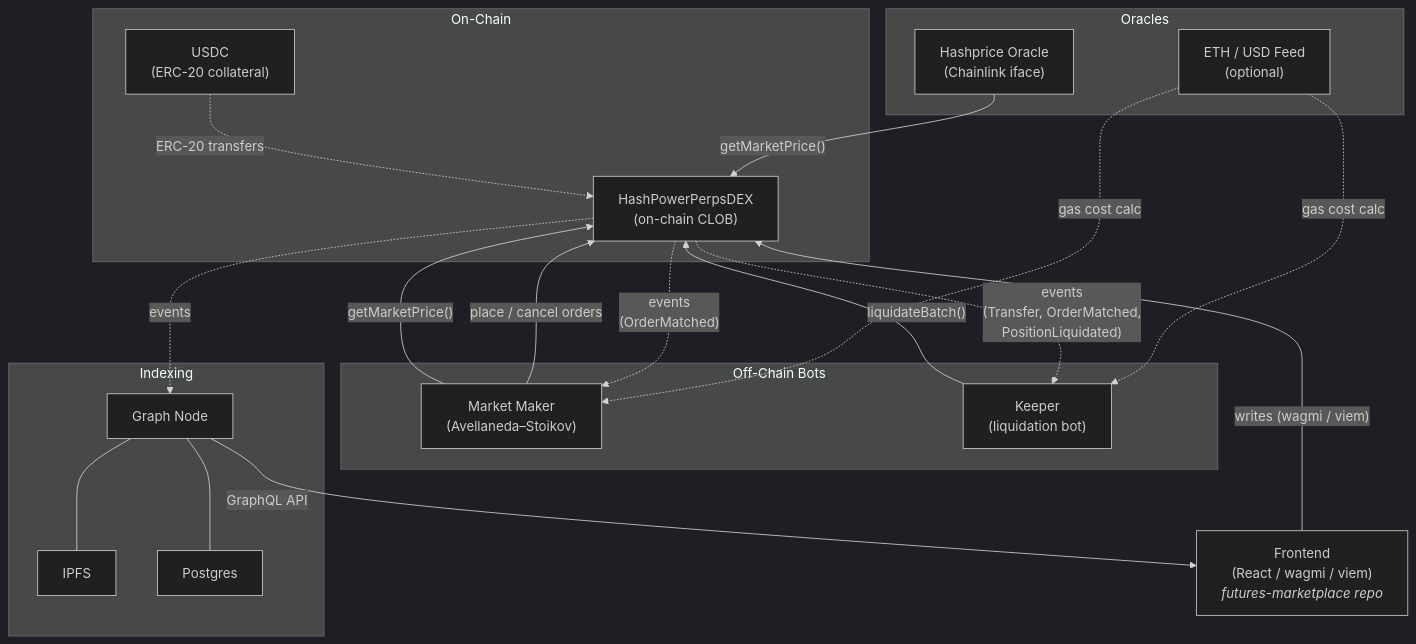
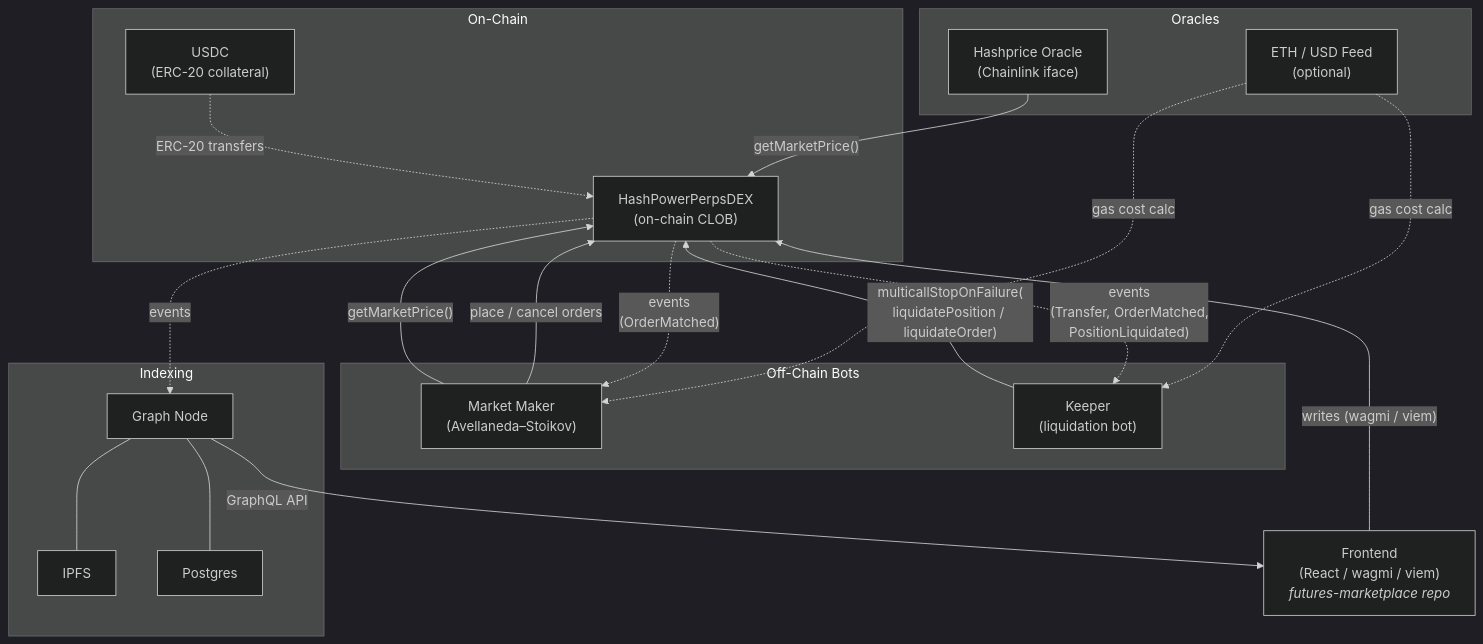
Before and after one commit to Lumerin-protocol/derivatives-marketplace: the diagram in README.md, drawn with Mermaid (dark theme). The commit also changed 11 other files, not shown here.

First line of the commit message:
refactor: replace liquidateBatch with multicallStopOnFailure for position liquidation

````diff
--- a/README.md
+++ b/README.md
@@ -7,45 +7,45 @@
 ```mermaid
 graph TD
   subgraph Oracles
     HP["Hashprice Oracle<br/>(Chainlink iface)"]
     ETH["ETH / USD Feed<br/>(optional)"]
   end
 
   subgraph On-Chain
     Contract["HashPowerPerpsDEX<br/>(on-chain CLOB)"]
     Collateral["USDC<br/>(ERC-20 collateral)"]
   end
 
   subgraph Off-Chain Bots
     MM["Market Maker<br/>(Avellaneda–Stoikov)"]
     Keeper["Keeper<br/>(liquidation bot)"]
   end
 
   subgraph Indexing
     GraphNode["Graph Node"]
     IPFS["IPFS"]
     Postgres["Postgres"]
   end
 
   Frontend["Frontend<br/>(React / wagmi / viem)<br/><i>futures-marketplace repo</i>"]
 
   HP -- "getMarketPrice()" --> Contract
   ETH -. "gas cost calc" .-> MM
   ETH -. "gas cost calc" .-> Keeper
 
   MM -- "place / cancel orders" --> Contract
   Contract -. "events<br/>(OrderMatched)" .-> MM
   MM -- "getMarketPrice()" --> Contract
 
-  Keeper -- "liquidateBatch()" --> Contract
+  Keeper -- "multicallStopOnFailure(<br/>liquidatePosition / liquidateOrder)" --> Contract
   Contract -. "events<br/>(Transfer, OrderMatched,<br/>PositionLiquidated)" .-> Keeper
 
   Collateral -. "ERC-20 transfers" .-> Contract
 
   Contract -. "events" .-> GraphNode
   GraphNode --- IPFS
   GraphNode --- Postgres
   GraphNode -- "GraphQL API" --> Frontend
 
   Frontend -- "writes (wagmi / viem)" --> Contract
 ```
````
